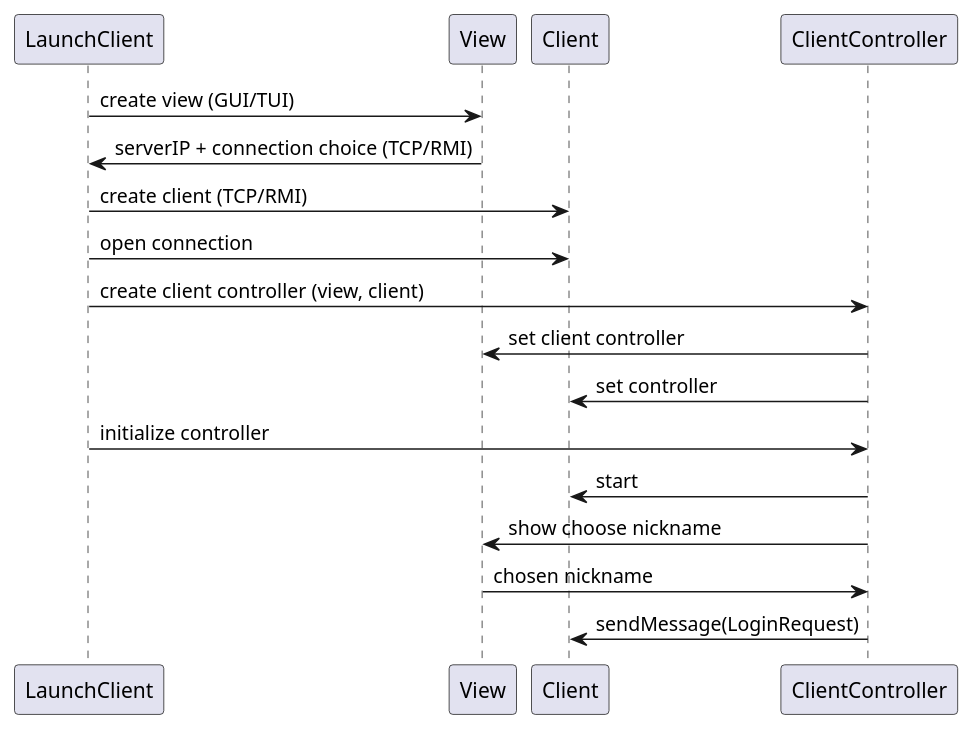
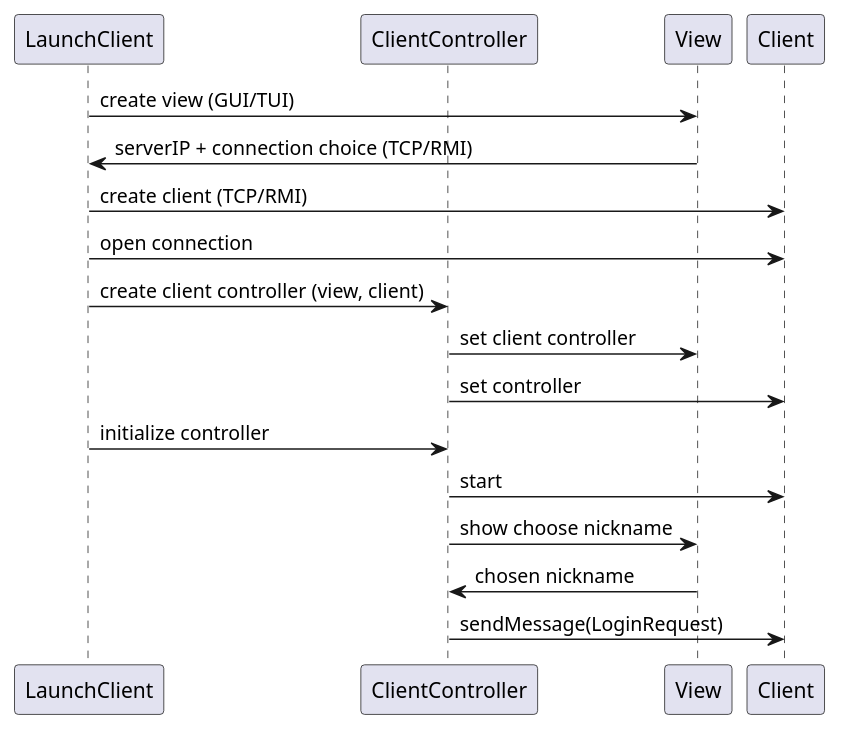
One commit to LucaBardaPoli/IS23-AM11 changed the diagram in deliverables/highLevelUML/clent_launch.puml. Above: the diagram before and after it, drawn with PlantUML.

Commit message:
sequence diagrams small edits

```diff
--- a/deliverables/highLevelUML/clent_launch.puml
+++ b/deliverables/highLevelUML/clent_launch.puml
@@ -1,18 +1,20 @@
 @startuml
 'https://plantuml.com/sequence-diagram
 
+participant LaunchClient
+participant ClientController
 
 LaunchClient -> View: create view (GUI/TUI)
 View -> LaunchClient: serverIP + connection choice (TCP/RMI)
 
 LaunchClient -> Client: create client (TCP/RMI)
 LaunchClient -> Client: open connection
 LaunchClient -> ClientController: create client controller (view, client)
 ClientController -> View: set client controller
 ClientController -> Client: set controller
 LaunchClient -> ClientController: initialize controller
 ClientController -> Client: start
 ClientController -> View: show choose nickname
 View -> ClientController: chosen nickname
 ClientController -> Client: sendMessage(LoginRequest)
 @enduml
```
